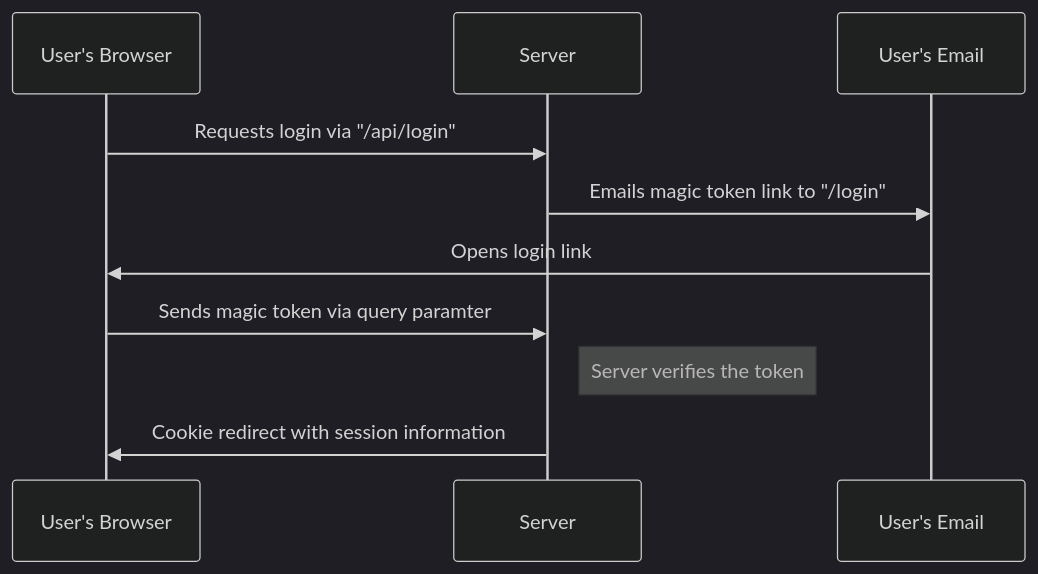
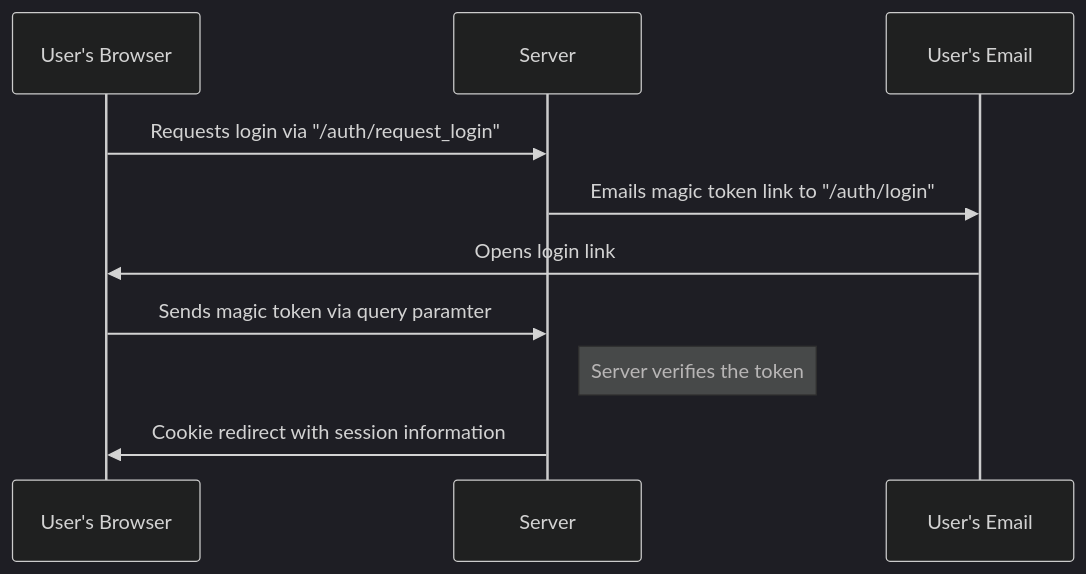
The second of 3 diagrams in documentation/design/AUTHENTICATION.md (game-night-dot-gay/game-night), drawn with Mermaid (dark theme) before and after one commit. The commit also changed other lines of this file and 2 other files, not shown here.

````diff
--- a/documentation/design/AUTHENTICATION.md
+++ b/documentation/design/AUTHENTICATION.md
@@ -23,9 +23,9 @@
 ```mermaid
 sequenceDiagram
-    User's Browser->>Server: Requests login via "/api/login"
-    Server->>User's Email: Emails magic token link to "/login"
+    User's Browser->>Server: Requests login via "/auth/request_login"
+    Server->>User's Email: Emails magic token link to "/auth/login"
     User's Email->>User's Browser: Opens login link
     User's Browser->>Server: Sends magic token via query paramter
     Note right of Server: Server verifies the token
     Server->>User's Browser: Cookie redirect with session information
 ```
````
